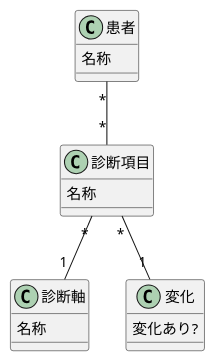
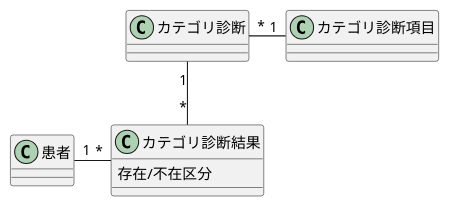
The diagram in ch10/excercise/10-3.puml (yinm/uml-modeling-lesson), drawn with PlantUML before and after one commit. The commit also changed 2 other files, not shown here.

```diff
--- a/ch10/excercise/10-3.puml
+++ b/ch10/excercise/10-3.puml
@@ -1,23 +1,15 @@
 @startuml
 
-class 患者 {
-  名称
+class 患者
+class カテゴリ診断
+class カテゴリ診断項目
+
+class カテゴリ診断結果 {
+  存在/不在区分
 }
 
-class 診断項目 {
-  名称
-}
-
-class 診断軸 {
-  名称
-}
-
-class 変化 {
-  変化あり?
-}
-
-患者 "*"--"*" 診断項目
-診断項目 "*"--"1" 診断軸
-診断項目 "*"--"1" 変化
+患者 "1"-r-"*" カテゴリ診断結果
+カテゴリ診断結果 "*"-u-"1" カテゴリ診断
+カテゴリ診断 "*"-r-"1" カテゴリ診断項目
 
 @enduml
```
